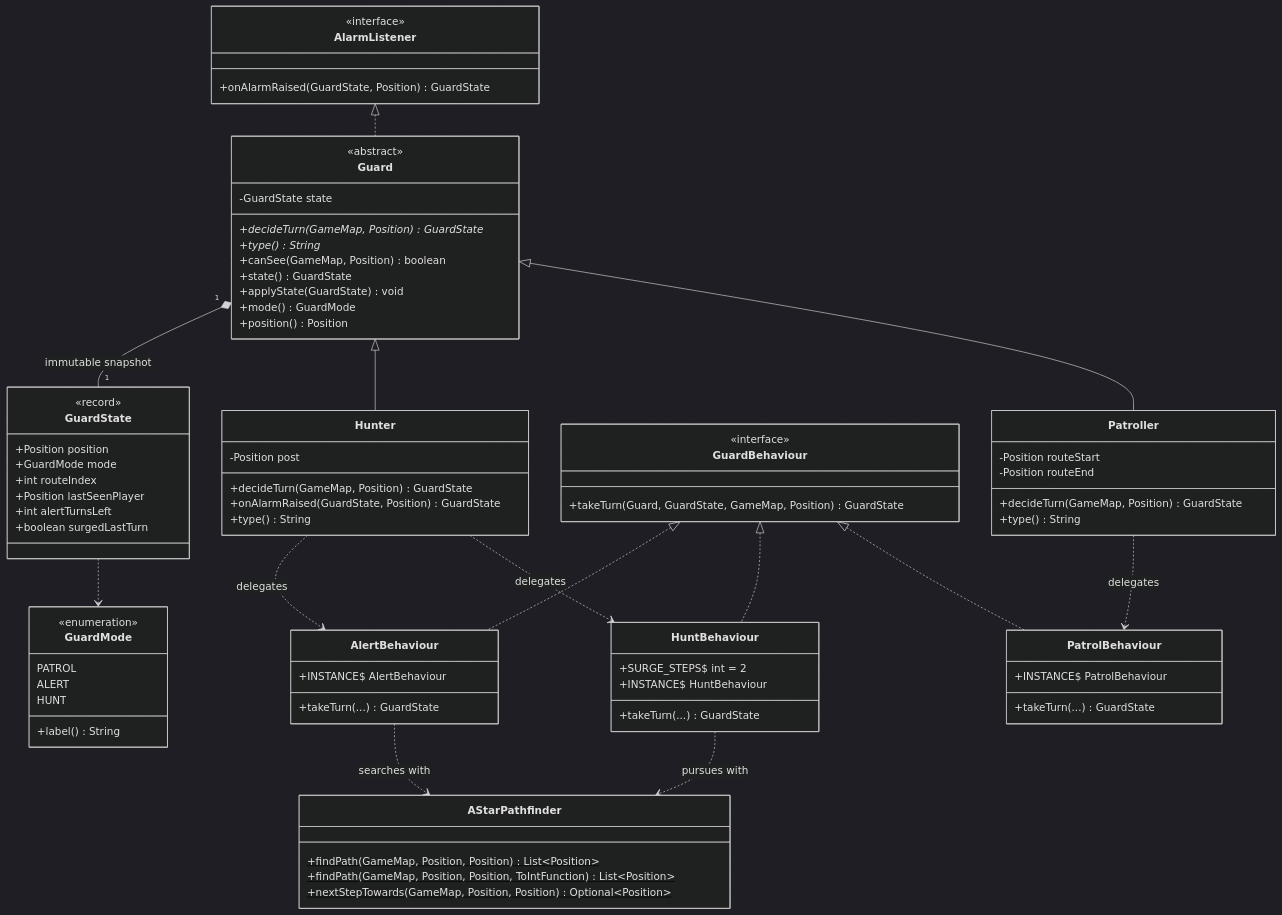
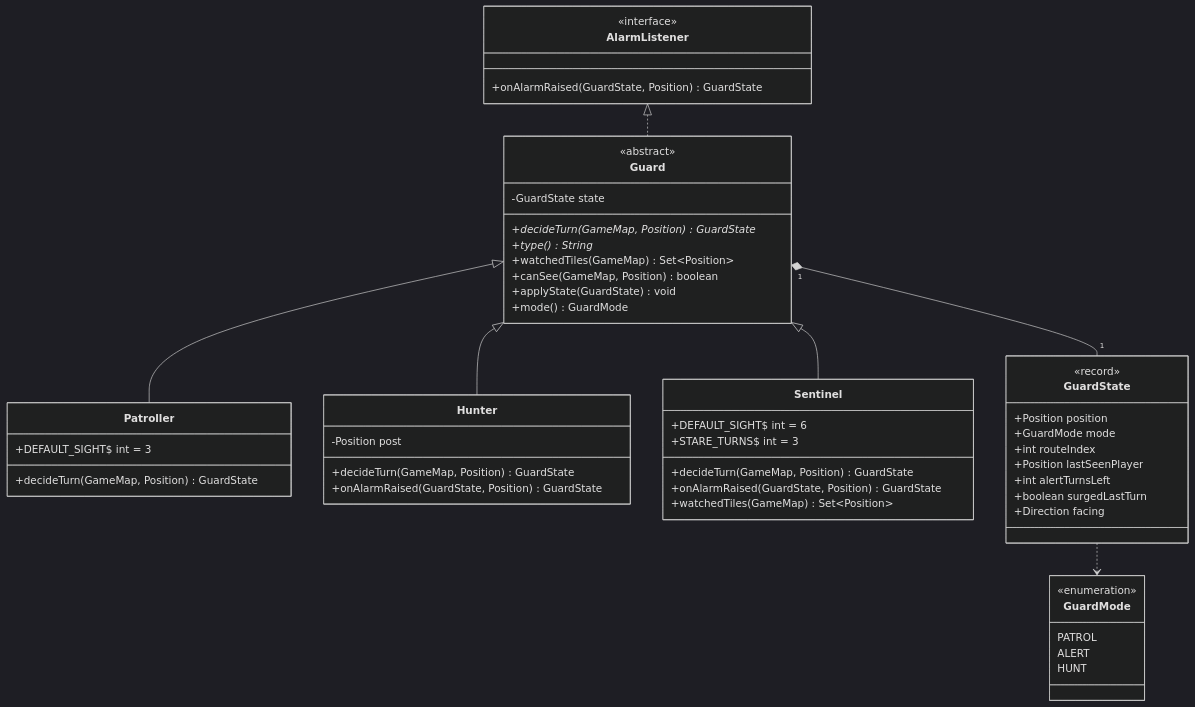
Before and after one commit to Uzma-Yasmeen/SignalLost: the fourth of 11 diagrams in docs/uml.md, drawn with Mermaid (dark theme). The commit also changed other lines of this file and 4 other files, not shown here.

````diff
--- a/docs/uml.md
+++ b/docs/uml.md
@@ -272,46 +277,29 @@
         -GuardState state
         +decideTurn(GameMap, Position)* GuardState
         +type()* String
+        +watchedTiles(GameMap) Set~Position~
         +canSee(GameMap, Position) boolean
-        +state() GuardState
         +applyState(GuardState) void
         +mode() GuardMode
-        +position() Position
     }
 
     class Patroller {
-        -Position routeStart
-        -Position routeEnd
+        +DEFAULT_SIGHT$ int = 3
         +decideTurn(GameMap, Position) GuardState
-        +type() String
     }
 
     class Hunter {
         -Position post
         +decideTurn(GameMap, Position) GuardState
         +onAlarmRaised(GuardState, Position) GuardState
-        +type() String
     }
 
-    class GuardBehaviour {
-        <<interface>>
-        +takeTurn(Guard, GuardState, GameMap, Position) GuardState
-    }
-
-    class PatrolBehaviour {
-        +INSTANCE$ PatrolBehaviour
-        +takeTurn(...) GuardState
-    }
-
-    class HuntBehaviour {
-        +SURGE_STEPS$ int = 2
-        +INSTANCE$ HuntBehaviour
-        +takeTurn(...) GuardState
-    }
-
-    class AlertBehaviour {
-        +INSTANCE$ AlertBehaviour
-        +takeTurn(...) GuardState
+    class Sentinel {
+        +DEFAULT_SIGHT$ int = 6
+        +STARE_TURNS$ int = 3
+        +decideTurn(GameMap, Position) GuardState
+        +onAlarmRaised(GuardState, Position) GuardState
+        +watchedTiles(GameMap) Set~Position~
     }
 
     class GuardState {
@@ -322,6 +310,7 @@
         +Position lastSeenPlayer
         +int alertTurnsLeft
         +boolean surgedLastTurn
+        +Direction facing
     }
 
     class GuardMode {
@@ -329,28 +318,12 @@
         PATROL
         ALERT
         HUNT
-        +label() String
-    }
-
-    class AStarPathfinder {
-        +findPath(GameMap, Position, Position)$ List~Position~
-        +findPath(GameMap, Position, Position, ToIntFunction)$ List~Position~
-        +nextStepTowards(GameMap, Position, Position)$ Optional~Position~
     }
 
     AlarmListener <|.. Guard
     Guard <|-- Patroller
     Guard <|-- Hunter
-
-    GuardBehaviour <|.. PatrolBehaviour
-    GuardBehaviour <|.. HuntBehaviour
-    GuardBehaviour <|.. AlertBehaviour
-
-    Guard "1" *-- "1" GuardState : immutable snapshot
+    Guard <|-- Sentinel
+    Guard "1" *-- "1" GuardState
     GuardState ..> GuardMode
-    Patroller ..> PatrolBehaviour : delegates
-    Hunter ..> HuntBehaviour : delegates
-    Hunter ..> AlertBehaviour : delegates
-    HuntBehaviour ..> AStarPathfinder : pursues with
-    AlertBehaviour ..> AStarPathfinder : searches with
 ```
````
